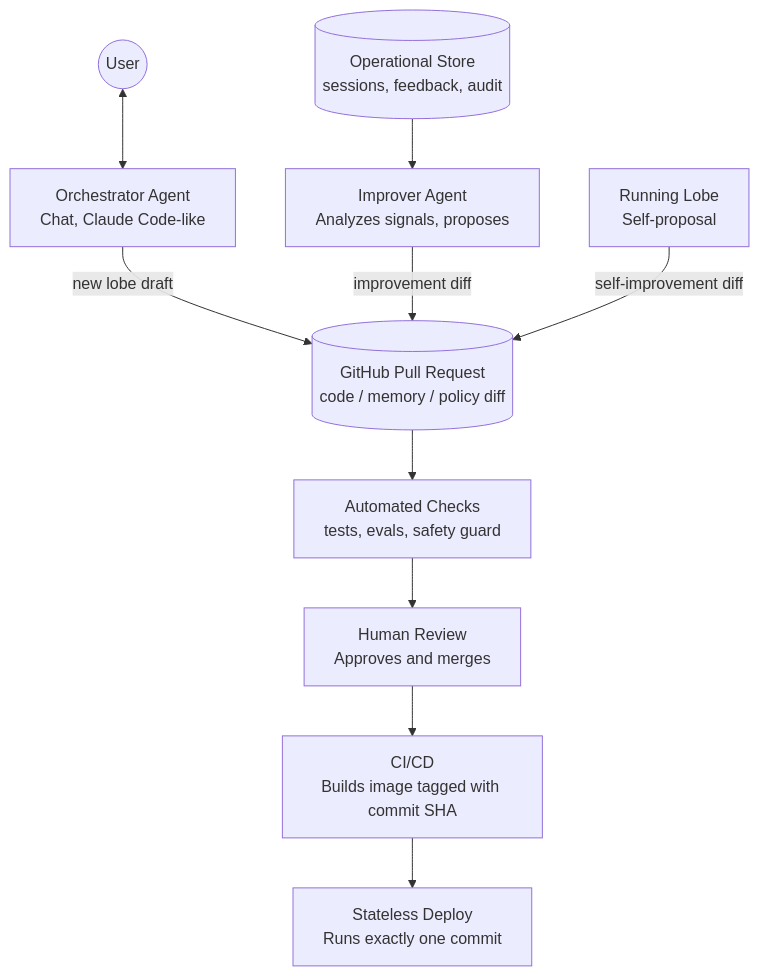
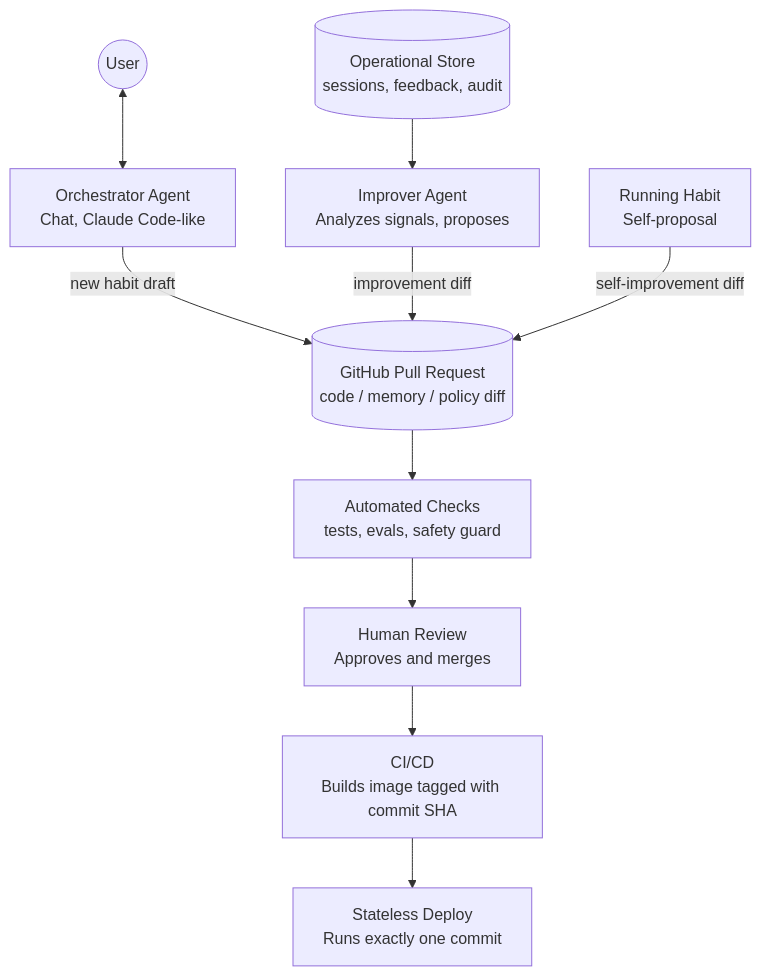
The first of 2 diagrams in ARCHITECTURE.md (emiralpayar/pan-galactic-habit), drawn with Mermaid before and after one commit. The commit also changed other lines of this file and 38 other files, not shown here.

First line of the commit message:
docs(repo): rename "lobe" to "habit" (#8)

````diff
--- a/ARCHITECTURE.md
+++ b/ARCHITECTURE.md
@@ -60,17 +60,17 @@
 ```mermaid
 flowchart TD
     USER(("User")) <--> ORC["Orchestrator Agent<br/>Chat, Claude Code-like"]
     OPS[("Operational Store<br/>sessions, feedback, audit")]
     OPS --> IMP["Improver Agent<br/>Analyzes signals, proposes"]
-    LOBE["Running Lobe<br/>Self-proposal"]
+    HABIT["Running Habit<br/>Self-proposal"]
 
-    ORC -- "new lobe draft" --> PR
+    ORC -- "new habit draft" --> PR
     IMP -- "improvement diff" --> PR
-    LOBE -- "self-improvement diff" --> PR
+    HABIT -- "self-improvement diff" --> PR
 
     PR[("GitHub Pull Request<br/>code / memory / policy diff")]
     PR --> CHECKS["Automated Checks<br/>tests, evals, safety guard"]
     CHECKS --> REVIEW["Human Review<br/>Approves and merges"]
     REVIEW --> BUILD["CI/CD<br/>Builds image tagged with commit SHA"]
     BUILD --> DEPLOY["Stateless Deploy<br/>Runs exactly one commit"]
 ```
````
